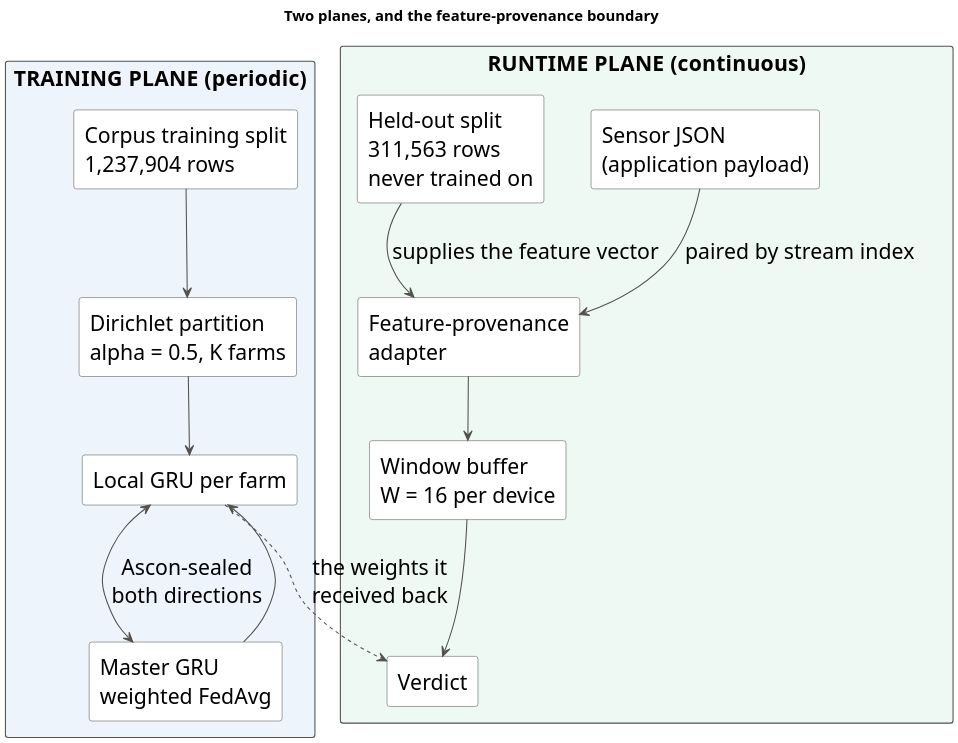
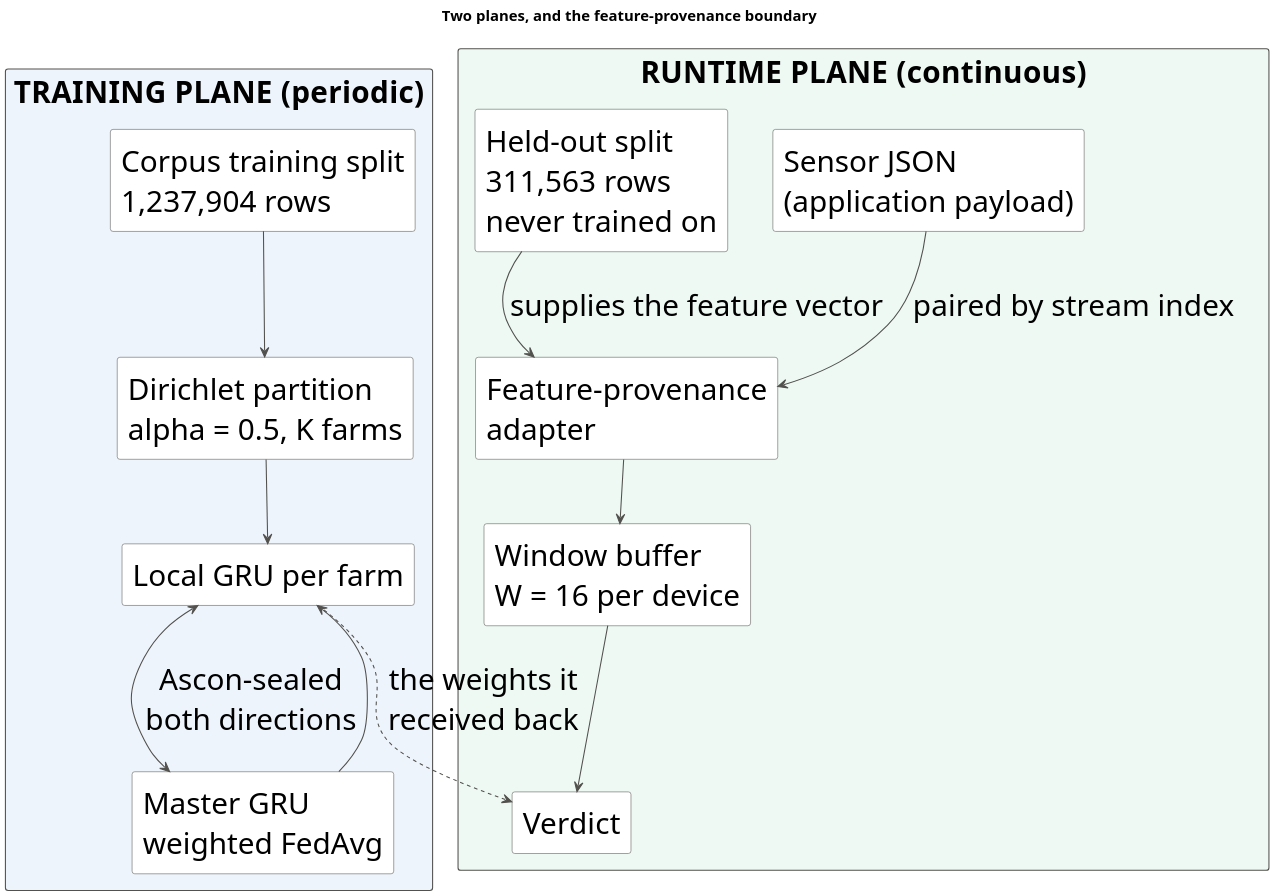
The diagram in paper/diagrams/04_two_planes.puml (AryanAgarwal1251/ascon_smart_agri), drawn with PlantUML before and after one commit. The commit also changed 10 other files, not shown here.

```diff
--- a/paper/diagrams/04_two_planes.puml
+++ b/paper/diagrams/04_two_planes.puml
@@ -1,44 +1,44 @@
 @startuml two_planes
 ' The training plane and the runtime plane, and the boundary between them.
 ' render at 2x so the raster export is print-resolution at column width
 scale 2
 skinparam defaultFontName Helvetica
-skinparam defaultFontSize 20
+skinparam defaultFontSize 28
 skinparam shadowing false
 skinparam ArrowColor #52514e
 skinparam rectangle {
   BackgroundColor #ffffff
   BorderColor #52514e
 }
 skinparam NoteBackgroundColor #fdf6ec
 skinparam NoteBorderColor #eb6834
 
 title Two planes, and the feature-provenance boundary
 
 rectangle "TRAINING PLANE  (periodic)" as TP #eef4fc {
   rectangle "Corpus training split\n1,237,904 rows" as TR
   rectangle "Dirichlet partition\nalpha = 0.5, K farms" as DP
   rectangle "Local GRU per farm" as LG
   rectangle "Master GRU\nweighted FedAvg" as MG
 }
 
 rectangle "RUNTIME PLANE  (continuous)" as RP #eef9f4 {
   rectangle "Sensor JSON\n(application payload)" as JS
   rectangle "Feature-provenance\nadapter" as FPA
   rectangle "Held-out split\n311,563 rows\nnever trained on" as HO
   rectangle "Window buffer\nW = 16 per device" as WB
   rectangle "Verdict" as V
 }
 
 TR --> DP
 DP --> LG
 LG <--> MG : Ascon-sealed\nboth directions
 MG --> LG
 
 JS --> FPA : paired by stream index
 HO --> FPA : supplies the feature vector
 FPA --> WB
 WB --> V
 LG ..> V : the weights it\nreceived back
 
 @enduml
```
